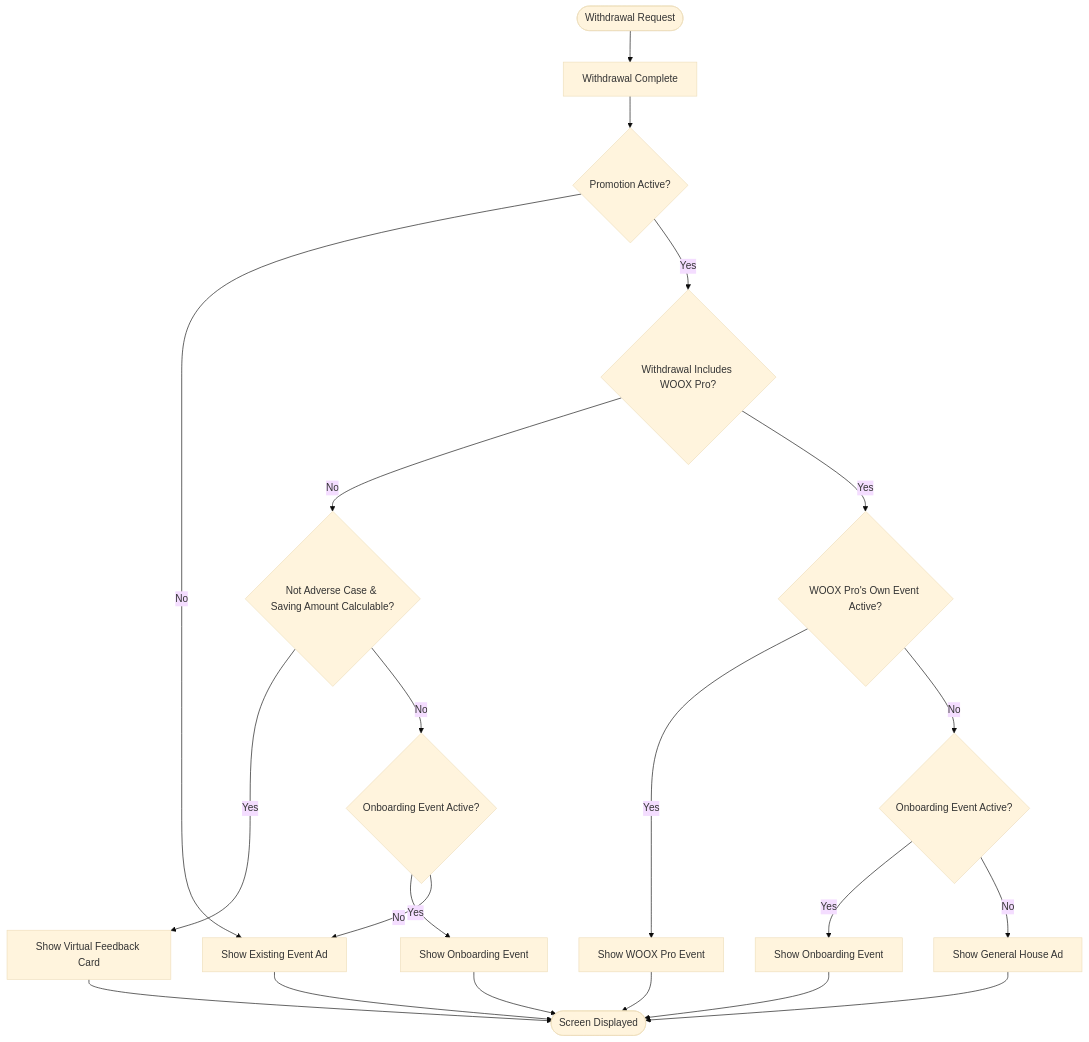
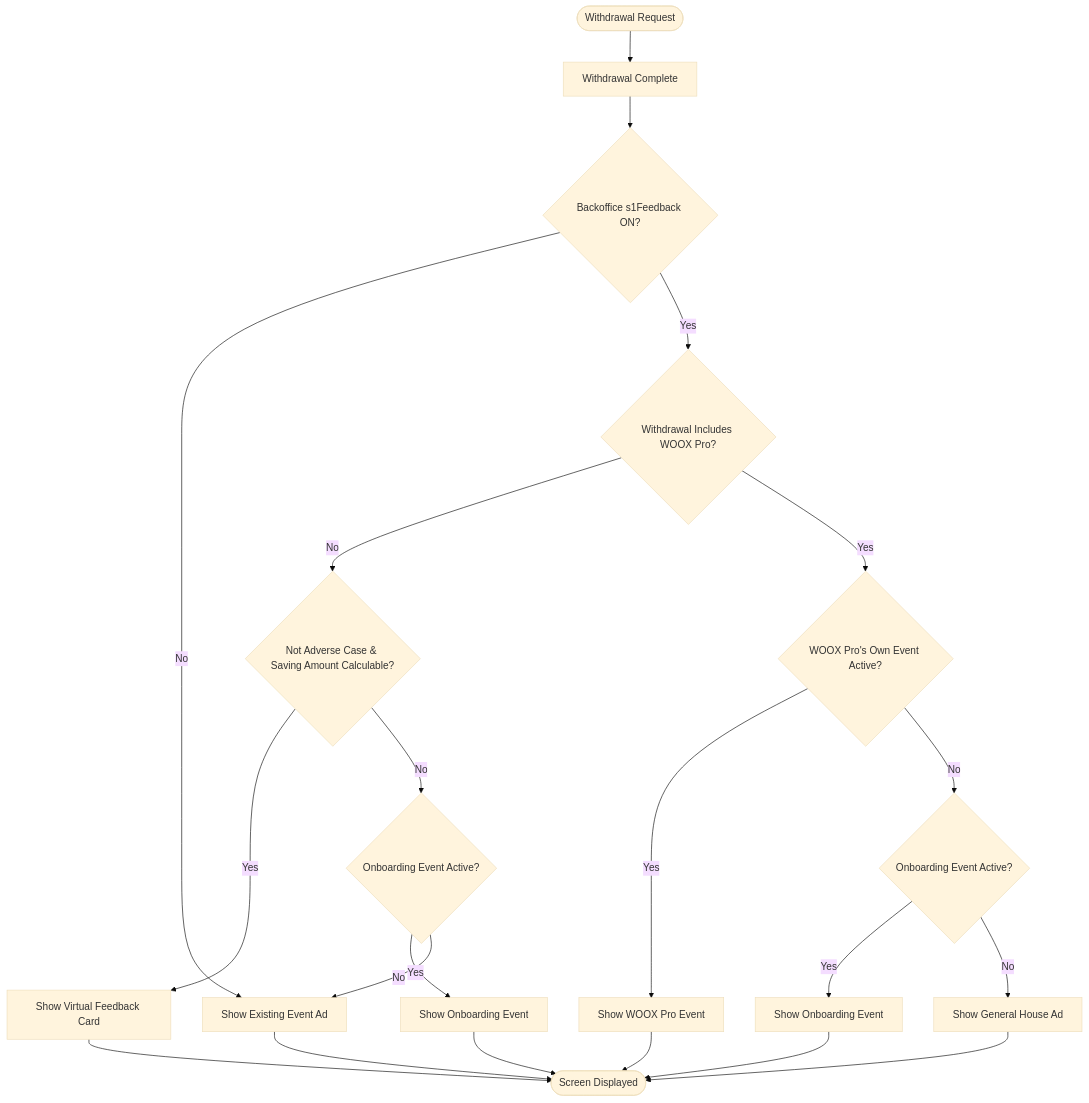
The second of 4 diagrams in 02.기획문서/정보구조도_EN.md (matthewforwork1213-collab/WOOX_Pro_sub_event), drawn with Mermaid (base theme) before and after one commit. The commit also changed other lines of this file and 2 other files, not shown here.

First line of the commit message:
docs+tool: 다이어그램 렌더러(Mermaid→SVG) 추가 + 정보구조도 게이트 노드 신정책 정렬

````diff
--- a/02.기획문서/정보구조도_EN.md
+++ b/02.기획문서/정보구조도_EN.md
@@ -47,26 +47,26 @@
 ```mermaid
 flowchart TD
     Start([Withdrawal Request]) --> Complete[Withdrawal Complete]
-    Complete --> CheckPromo{Promotion Active?}
+    Complete --> CheckPromo{Backoffice s1Feedback ON?}
     CheckPromo -->|No| BaseAd[Show Existing Event Ad]
     CheckPromo -->|Yes| CheckWoox{Withdrawal Includes WOOX Pro?}
 
     CheckWoox -->|No| CheckSaving{Not Adverse Case &amp; Saving Amount Calculable?}
     CheckSaving -->|Yes| VirtualFeedback[Show Virtual Feedback Card]
     CheckSaving -->|No| CheckOnb1{Onboarding Event Active?}
     CheckOnb1 -->|Yes| OnbEvt1[Show Onboarding Event]
     CheckOnb1 -->|No| BaseAd
 
     CheckWoox -->|Yes| CheckWooxEvt{WOOX Pro's Own Event Active?}
     CheckWooxEvt -->|Yes| WooxEvt[Show WOOX Pro Event]
     CheckWooxEvt -->|No| CheckOnb2{Onboarding Event Active?}
     CheckOnb2 -->|Yes| OnbEvt2[Show Onboarding Event]
     CheckOnb2 -->|No| HouseAd[Show General House Ad]
 
     VirtualFeedback --> End([Screen Displayed])
     OnbEvt1 --> End
     WooxEvt --> End
     OnbEvt2 --> End
     HouseAd --> End
     BaseAd --> End
 ```
````
